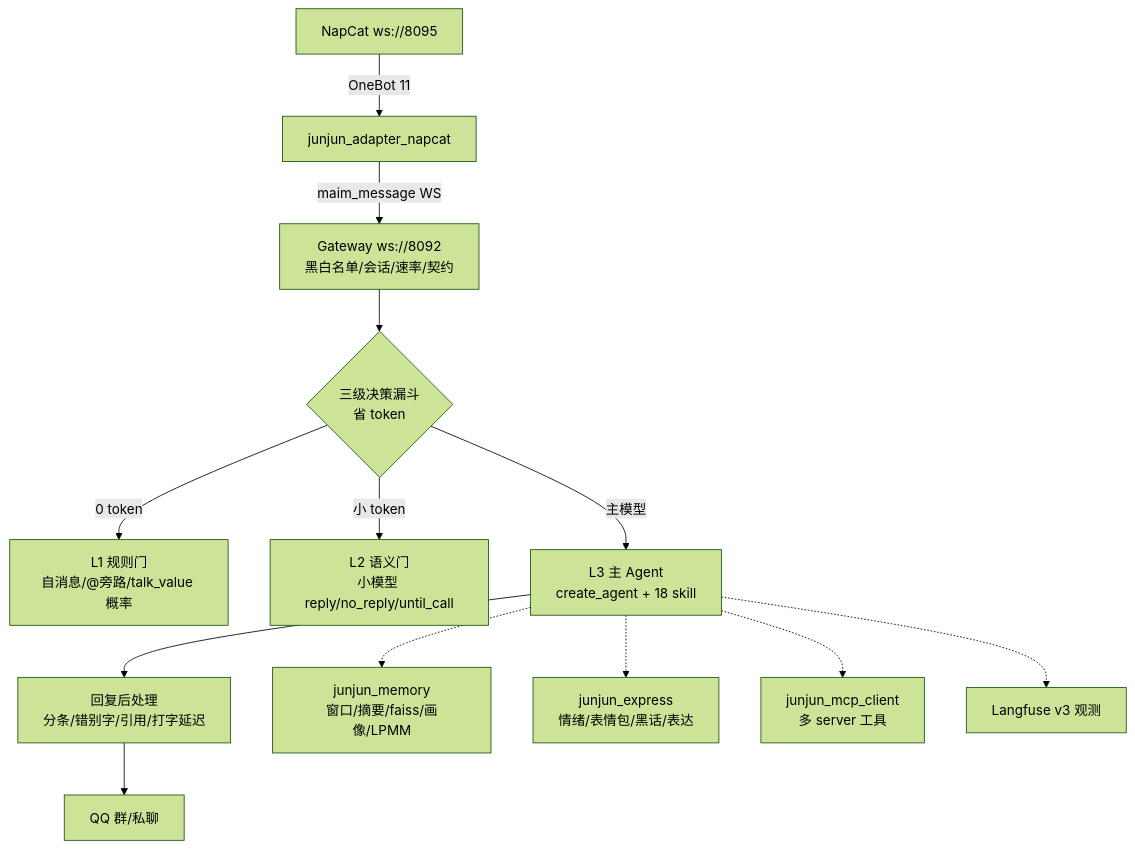
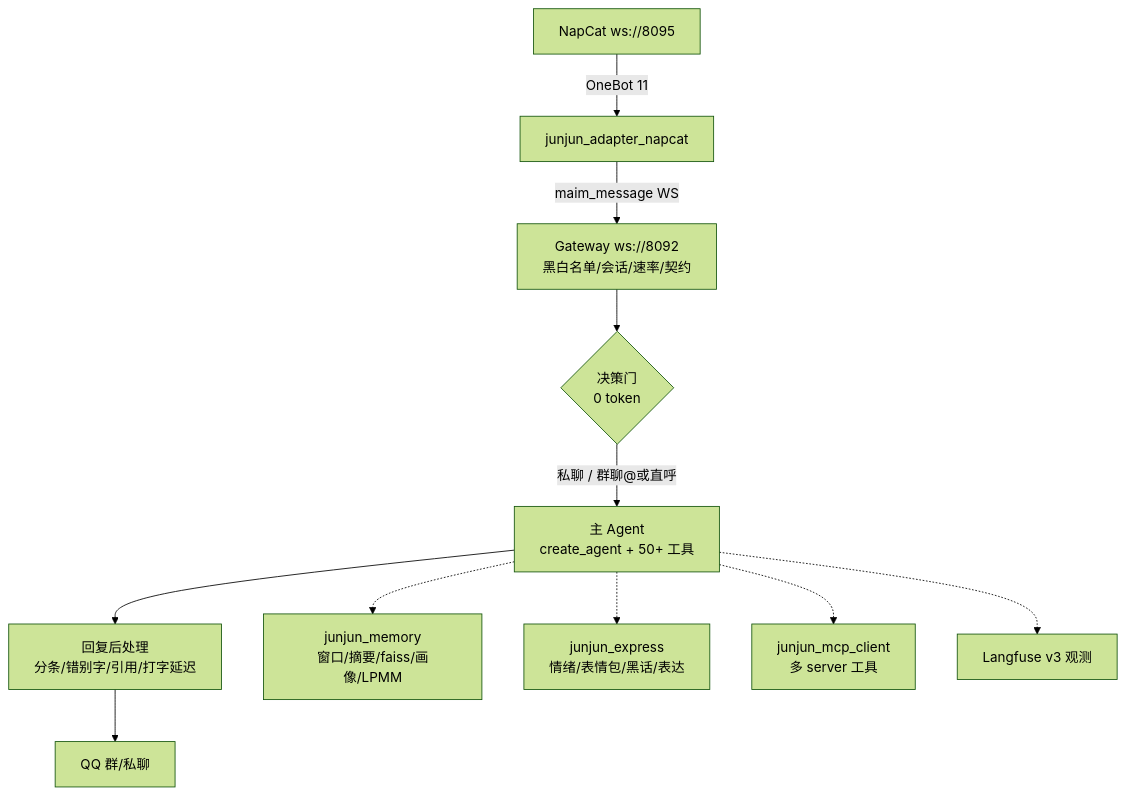
Before and after one commit to wenjinqing/JunJun_Agent: the diagram in README.md, drawn with Mermaid (forest theme). The commit also changed other lines of this file and 18 other files, not shown here.

````diff
--- a/README.md
+++ b/README.md
@@ -7,15 +7,13 @@
 ```mermaid
 flowchart TD
     NC[NapCat ws://8095] -->|OneBot 11| AD[junjun_adapter_napcat]
     AD -->|maim_message WS| GW[Gateway ws://8092<br/>黑白名单/会话/速率/契约]
-    GW --> FUNNEL{三级决策漏斗<br/>省 token}
-    FUNNEL -->|0 token| L1[L1 规则门<br/>自消息/@旁路/talk_value 概率]
-    FUNNEL -->|小 token| L2[L2 语义门<br/>小模型 reply/no_reply/until_call]
-    FUNNEL -->|主模型| L3[L3 主 Agent<br/>create_agent + 18 skill]
+    GW --> GATE{决策门<br/>0 token}
+    GATE -->|私聊 / 群聊@或直呼| L3[主 Agent<br/>create_agent + 50+ 工具]
     L3 --> PP[回复后处理<br/>分条/错别字/引用/打字延迟]
     PP --> QQ[QQ 群/私聊]
     L3 -.-> MEM[junjun_memory<br/>窗口/摘要/faiss/画像/LPMM]
     L3 -.-> EXP[junjun_express<br/>情绪/表情包/黑话/表达]
     L3 -.-> MCP[junjun_mcp_client<br/>多 server 工具]
     L3 -.-> OBS[Langfuse v3 观测]
 ```
````
